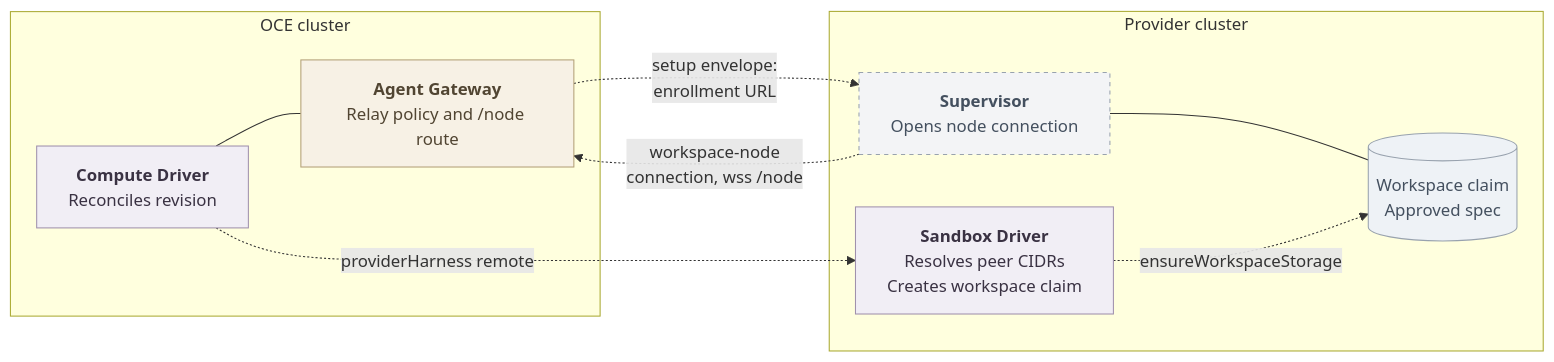
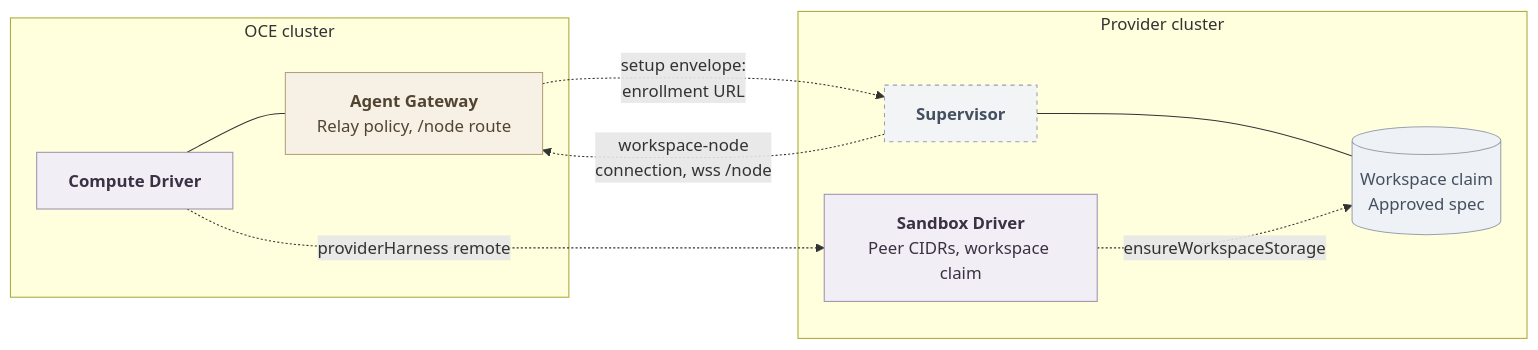
One commit to openclaw/openclaw-enterprise changed the diagram in specs/rfcs/0027-remote-provider-callback-and-storage.md. Above: the diagram before and after it, drawn with Mermaid. The commit also changed other lines of this file, not shown here.

````diff
--- a/specs/rfcs/0027-remote-provider-callback-and-storage.md
+++ b/specs/rfcs/0027-remote-provider-callback-and-storage.md
@@ -44,26 +44,26 @@
 ```mermaid
 flowchart LR
   subgraph OCE["OCE cluster"]
-    C["<b>Compute Driver</b><br/>Reconciles revision"]
-    G["<b>Agent Gateway</b><br/>Relay policy and /node route"]
+    C["<b>Compute Driver</b>"]
+    G["<b>Agent Gateway</b><br/>Relay policy, /node route"]
     C --- G
   end
   subgraph Provider["Provider cluster"]
-    D["<b>Sandbox Driver</b><br/>Resolves peer CIDRs<br/>Creates workspace claim"]
-    S["<b>Supervisor</b><br/>Opens node connection"]
+    D["<b>Sandbox Driver</b><br/>Peer CIDRs, workspace claim"]
+    S["<b>Supervisor</b>"]
     W[("Workspace claim<br/>Approved spec")]
     S --- W
     D -.->|"ensureWorkspaceStorage"| W
   end
   C -.->|"providerHarness remote"| D
   G -.->|"setup envelope:<br/>enrollment URL"| S
   S -.->|"workspace-node<br/>connection, wss /node"| G
   classDef actor fill:#F1EEF5,stroke:#A091AD,color:#3A3243,stroke-width:1px
   classDef gate fill:#F7F1E5,stroke:#B3A078,color:#514532,stroke-width:1px
   classDef pending fill:#F3F4F6,stroke:#98A2AE,color:#44505F,stroke-width:1px,stroke-dasharray:4 4
   classDef data fill:#EEF2F6,stroke:#98A2AE,color:#44505F,stroke-width:1px
   class C,D actor
   class G gate
   class S pending
   class W data
 ```
````
